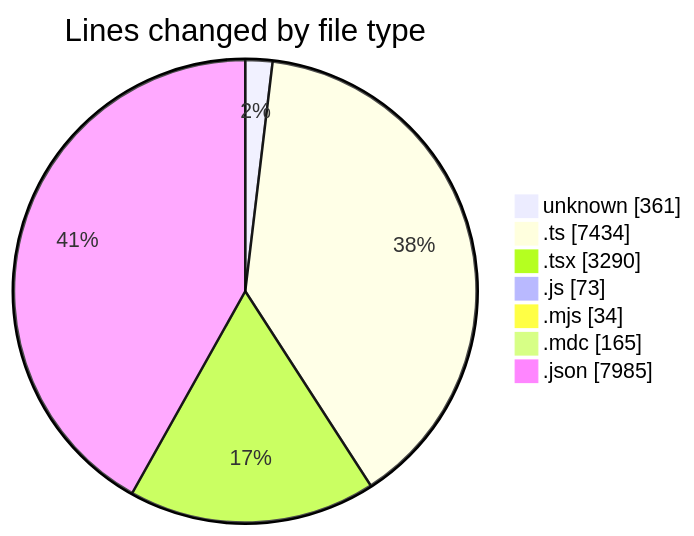
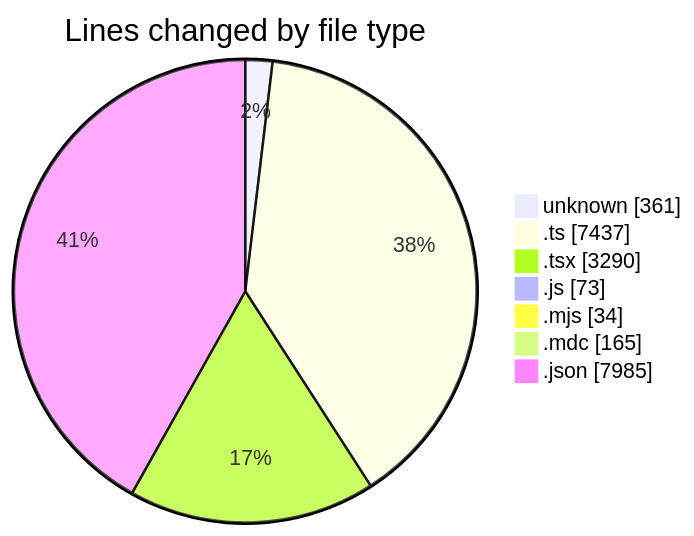
The first of 2 diagrams in 2025-06-13/ecodeli-1/README.md (CELIANVF/code-tracking), drawn with Mermaid before and after one commit. The commit also changed other lines of this file and 1 other file, not shown here.

````diff
--- a/2025-06-13/ecodeli-1/README.md
+++ b/2025-06-13/ecodeli-1/README.md
@@ -37,11 +37,11 @@
 ```mermaid
 pie showData
 title Lines changed by file type
 "unknown" : 361
-".ts" : 7434
+".ts" : 7437
 ".tsx" : 3290
 ".js" : 73
 ".mjs" : 34
 ".mdc" : 165
 ".json" : 7985
 ```
````
